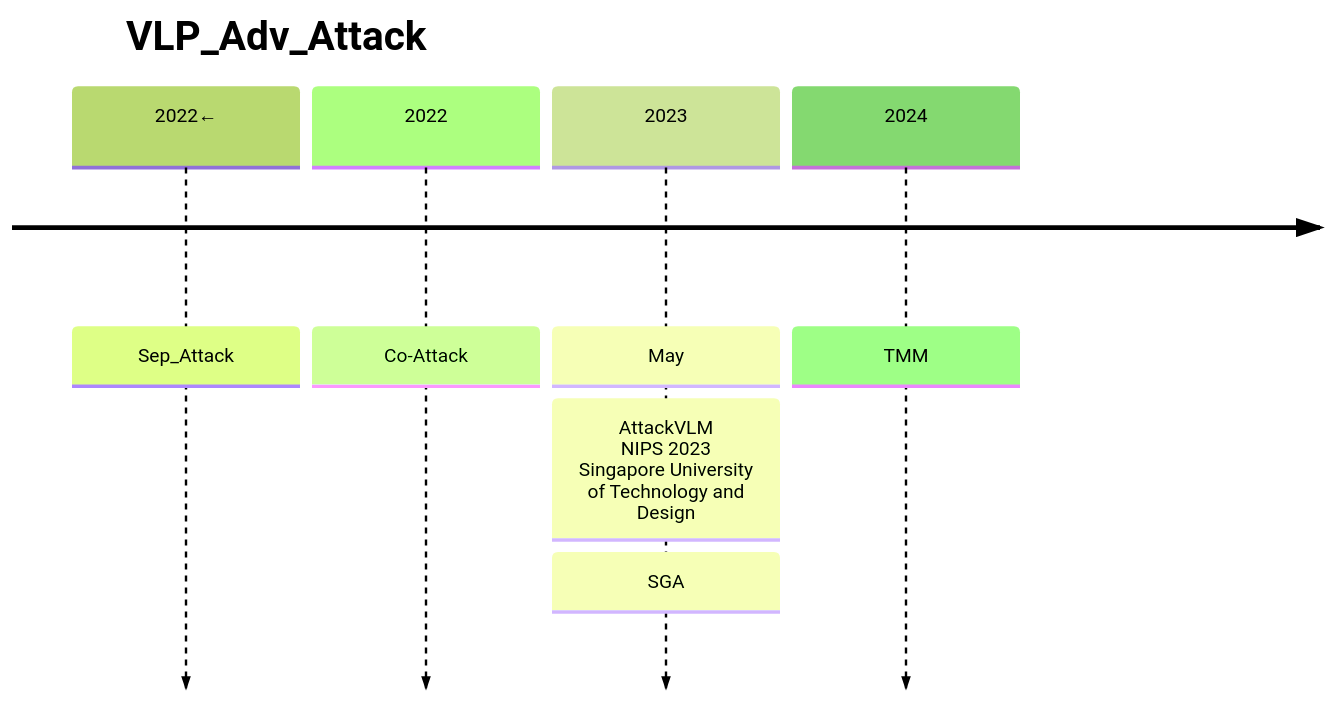
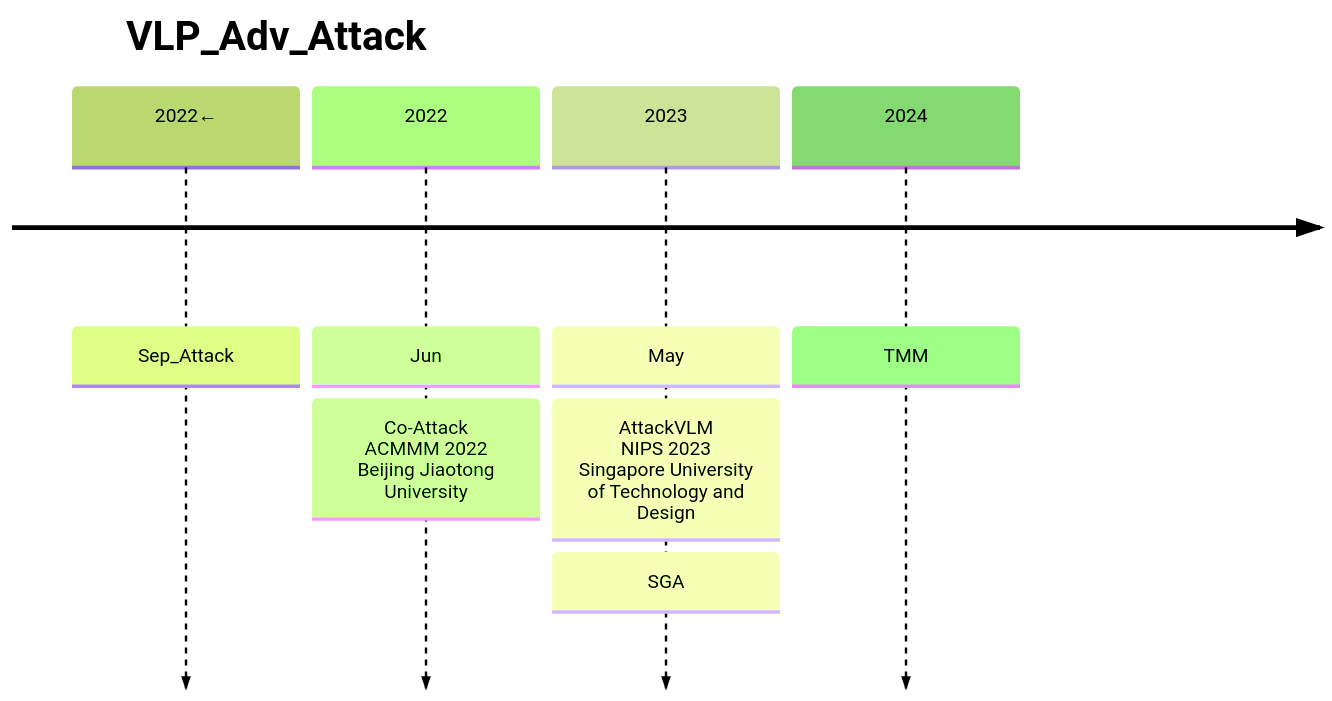
One commit to Elephant-King9/Paper changed the first of 6 diagrams in Attack/Adversarial_Attack/VLP/analyse.md. Above: the diagram before and after it, drawn with Mermaid (forest theme). The commit also changed other lines of this file and 3 other files, not shown here.

````diff
--- a/Attack/Adversarial_Attack/VLP/analyse.md
+++ b/Attack/Adversarial_Attack/VLP/analyse.md
@@ -3,10 +3,11 @@
 ```mermaid
 timeline
     title VLP_Adv_Attack
     2022← : Sep_Attack
-    2022 : Co-Attack
+    2022 : Jun
+    		 : Co-Attack<br>ACMMM 2022<br>Beijing Jiaotong University
     2023 : May
     		 : AttackVLM<br>NIPS 2023<br>Singapore University of Technology and Design
     		 : SGA
     2024 : TMM
 ```
````
